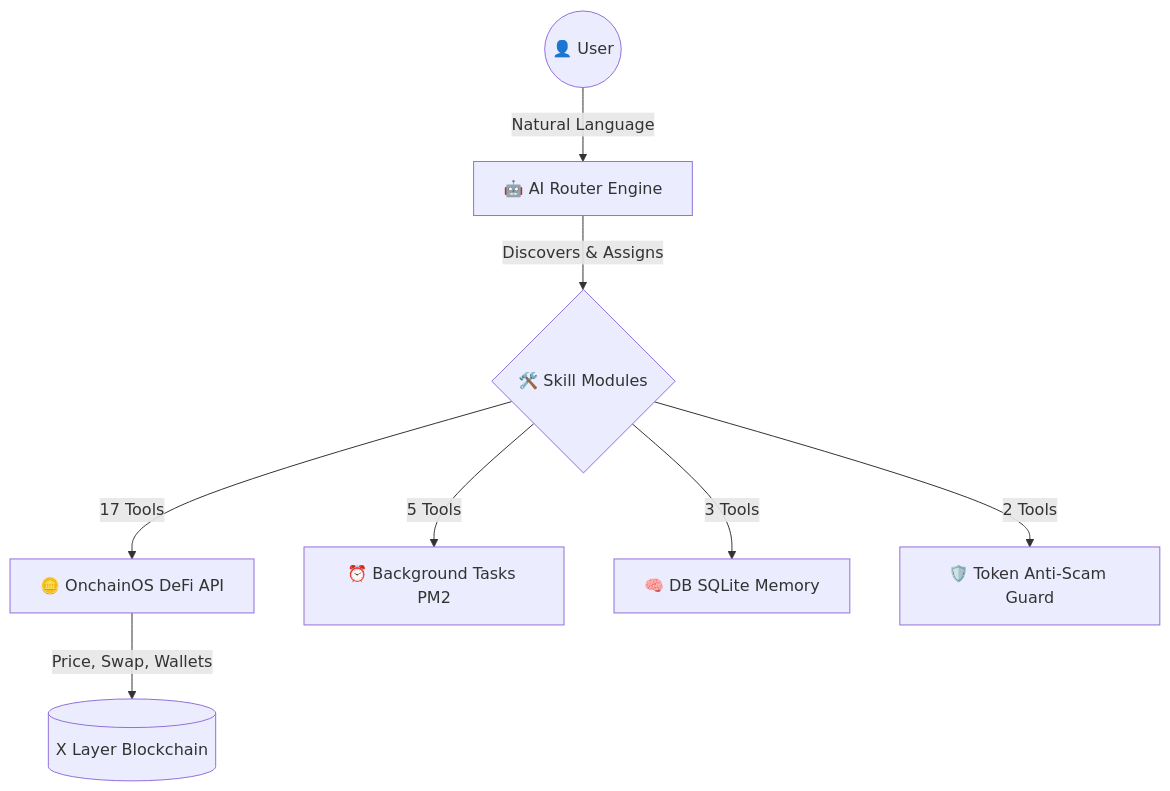
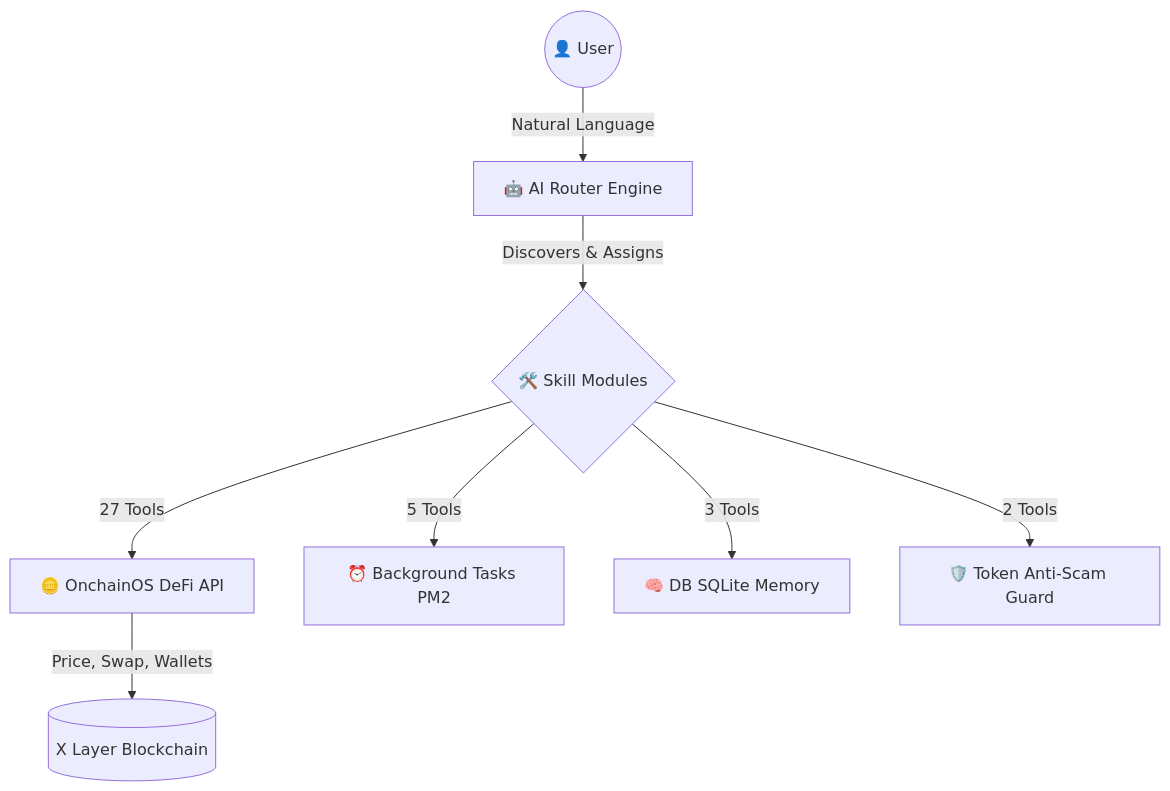
The first of 6 diagrams in README.md (haivcon/xbot), drawn with Mermaid before and after one commit. The commit also changed other lines of this file and 19 other files, not shown here.

````diff
--- a/README.md
+++ b/README.md
@@ -154,10 +182,10 @@
 ```mermaid
 graph TD;
     User((👤 User)) -->|Natural Language| Core[🤖 AI Router Engine];
     Core -->|Discovers & Assigns| Tools{🛠️ Skill Modules};
-    Tools -->|17 Tools| Onchain[🪙 OnchainOS DeFi API];
+    Tools -->|27 Tools| Onchain[🪙 OnchainOS DeFi API];
     Tools -->|5 Tools| Scheduler[⏰ Background Tasks PM2];
     Tools -->|3 Tools| Memory[🧠 DB SQLite Memory];
     Tools -->|2 Tools| Security[🛡️ Token Anti-Scam Guard];
     Onchain -->|Price, Swap, Wallets| XLayer[(X Layer Blockchain)];
 ```
````
